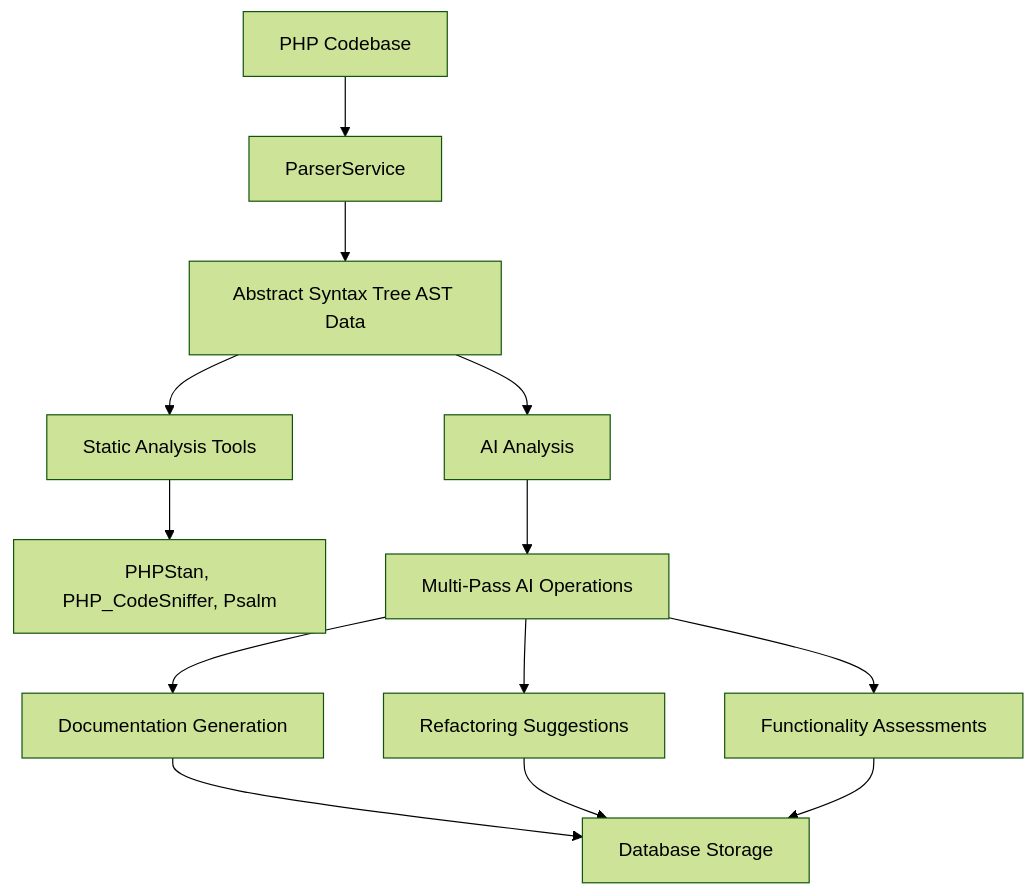
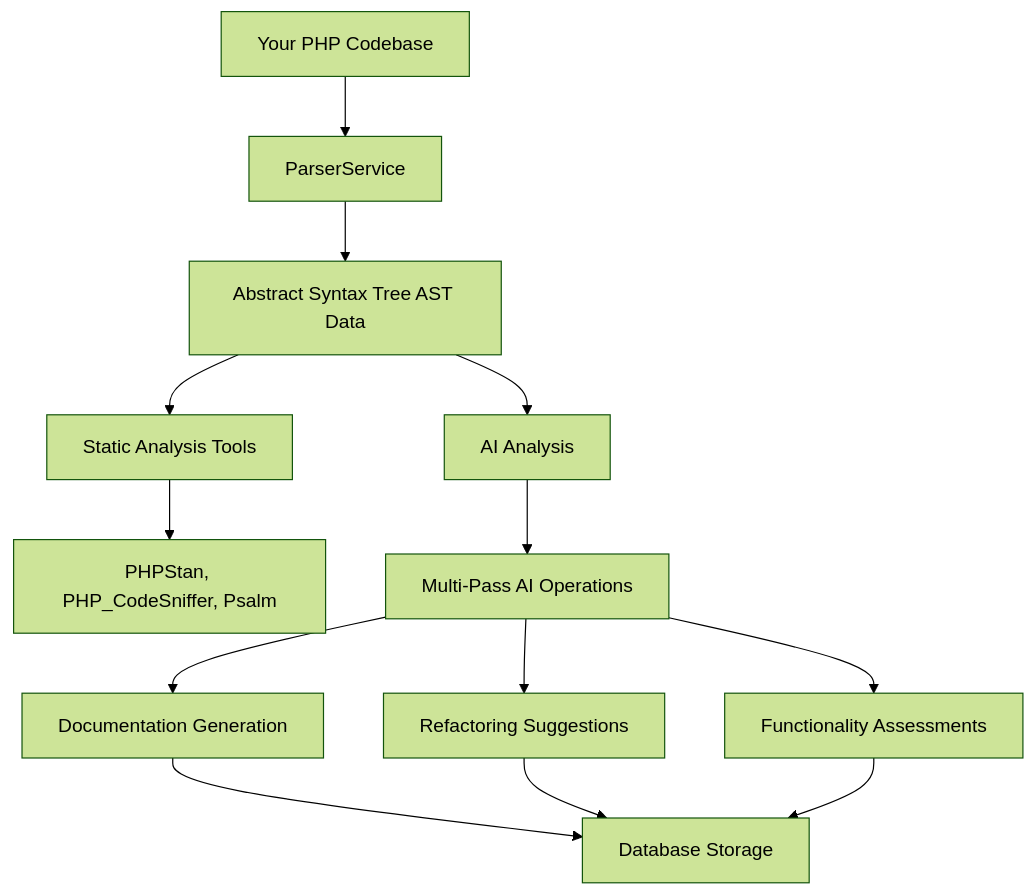
The first of 4 diagrams in README.md (wallter/laravel-ai-code-analysis), drawn with Mermaid (forest theme) before and after one commit.

Commit message:
docs: Update diagram label in README for clarity

````diff
--- a/README.md
+++ b/README.md
@@ -60,15 +60,15 @@
 ```mermaid
 graph TD;
-    PHP_Codebase[PHP Codebase] --> ParserService;
+    PHP_Codebase[Your PHP Codebase] --> ParserService;
     ParserService --> AST[Abstract Syntax Tree AST Data];
     AST --> StaticAnalysis[Static Analysis Tools];
     AST --> AI_Analysis[AI Analysis];
     StaticAnalysis --> Tools[PHPStan, PHP_CodeSniffer, Psalm];
     AI_Analysis --> MultiPass[Multi-Pass AI Operations];
     MultiPass --> Documentation[Documentation Generation];
     MultiPass --> Refactoring[Refactoring Suggestions];
     MultiPass --> Functionality[Functionality Assessments];
     Documentation --> Database[Database Storage];
     Refactoring --> Database;
     Functionality --> Database;
 ```
````
